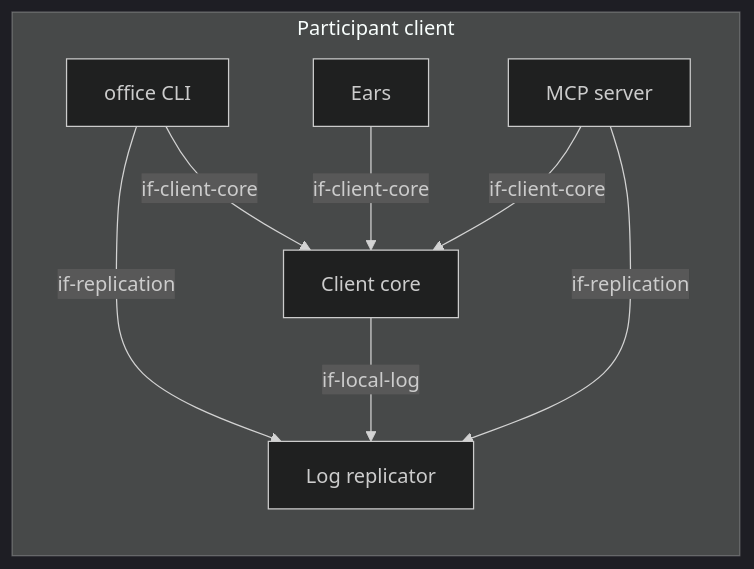
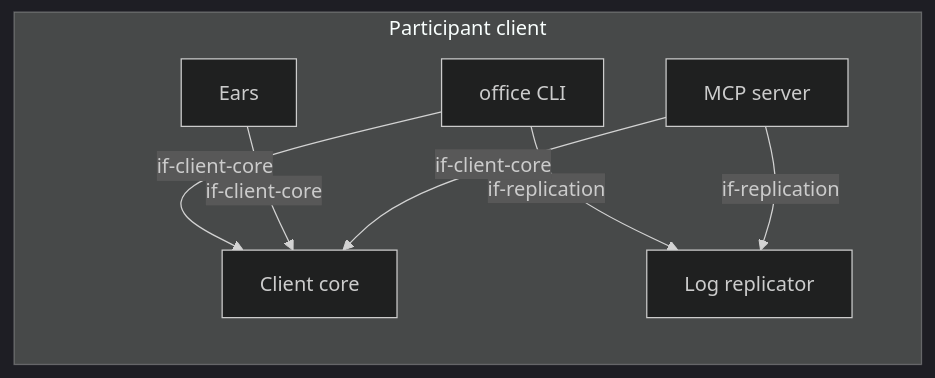
One commit to mrsimpson/agentic-office changed the third of 3 diagrams in docs/architecture/05-building-blocks.arc42.md. Above: the diagram before and after it, drawn with Mermaid (dark theme). The commit also changed other lines of this file and 15 other files, not shown here.

````diff
--- a/docs/architecture/05-building-blocks.arc42.md
+++ b/docs/architecture/05-building-blocks.arc42.md
@@ -466,16 +466,15 @@
 ```mermaid
 flowchart LR
     subgraph bb_participant_client [Participant client]
         bb_cli[office CLI]
         bb_client_core[Client core]
         bb_ears[Ears]
         bb_mcp[MCP server]
         bb_replicator[Log replicator]
     end
     bb_cli -->|if-client-core| bb_client_core
     bb_cli -->|if-replication| bb_replicator
-    bb_client_core -->|if-local-log| bb_replicator
     bb_ears -->|if-client-core| bb_client_core
     bb_mcp -->|if-client-core| bb_client_core
     bb_mcp -->|if-replication| bb_replicator
 ```
````
